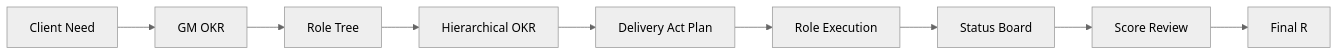
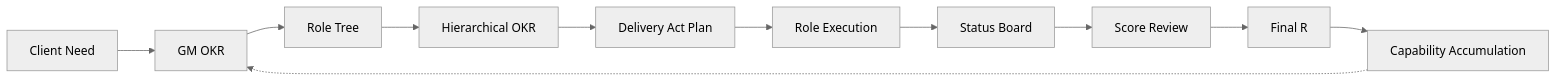
Before and after one commit to chisss/DoWithOKR: the diagram in README_EN.md, drawn with Mermaid (neutral theme). The commit also changed other lines of this file and 13 other files, not shown here.

````diff
--- a/README_EN.md
+++ b/README_EN.md
@@ -11,11 +67,13 @@
 ```mermaid
 graph LR
     A[Client Need] --> B[GM OKR]
     B --> C[Role Tree]
     C --> D[Hierarchical OKR]
     D --> E[Delivery Act Plan]
     E --> F[Role Execution]
     F --> G[Status Board]
     G --> H[Score Review]
     H --> I[Final R]
+    I --> J[Capability Accumulation]
+    J -.-> B
 ```
````
